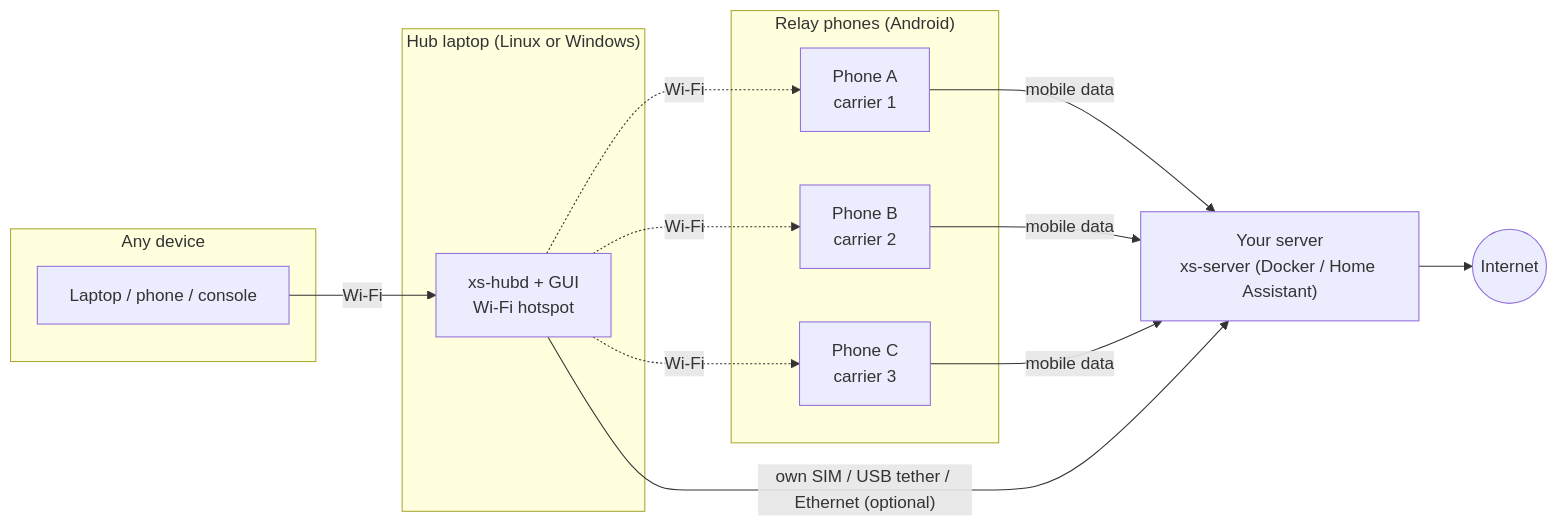
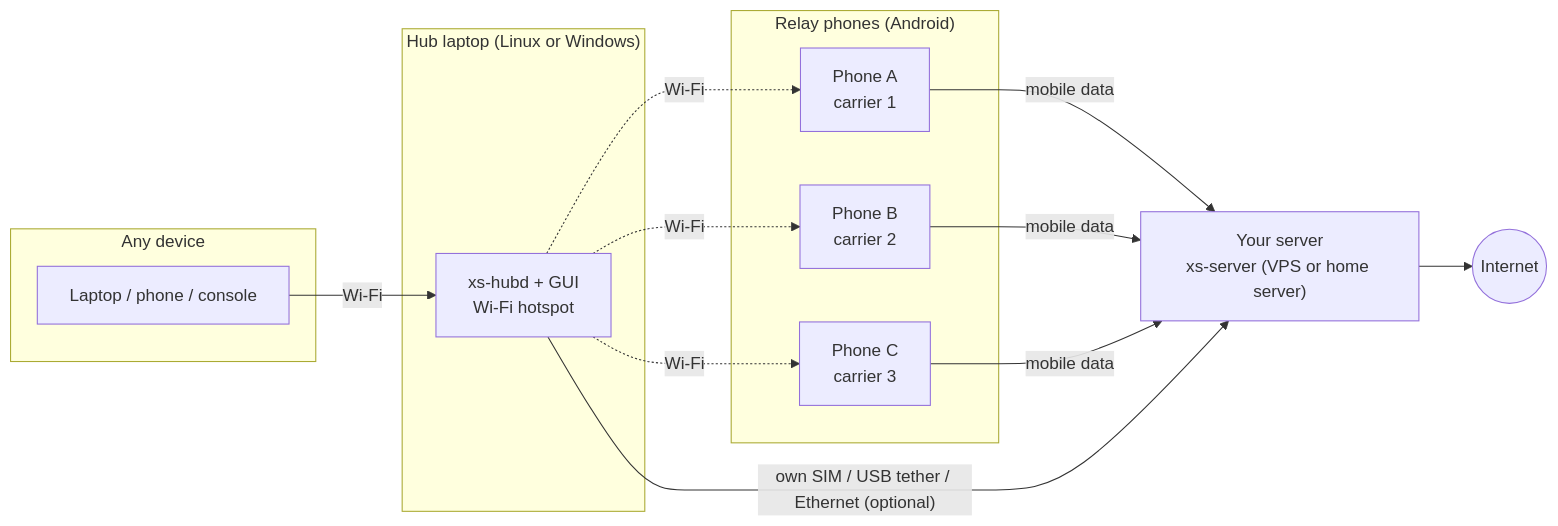
Before and after one commit to zyndata/cross-stream: the diagram in README.md, drawn with Mermaid. The commit also changed other lines of this file and 21 other files, not shown here.

````diff
--- a/README.md
+++ b/README.md
@@ -70,24 +71,24 @@
 ```mermaid
 flowchart LR
     subgraph clients["Any device"]
         L1["Laptop / phone / console"]
     end
     subgraph hub["Hub laptop (Linux or Windows)"]
         H["xs-hubd + GUI<br/>Wi-Fi hotspot"]
     end
     subgraph relays["Relay phones (Android)"]
         P1["Phone A<br/>carrier 1"]
         P2["Phone B<br/>carrier 2"]
         P3["Phone C<br/>carrier 3"]
     end
-    S["Your server<br/>xs-server (Docker / Home Assistant)"]
+    S["Your server<br/>xs-server (VPS or home server)"]
     I(("Internet"))
 
     L1 -- "Wi-Fi" --> H
     H -. "Wi-Fi" .-> P1 & P2 & P3
     P1 -- "mobile data" --> S
     P2 -- "mobile data" --> S
     P3 -- "mobile data" --> S
     H -- "own SIM / USB tether / Ethernet (optional)" --> S
     S --> I
 ```
````
